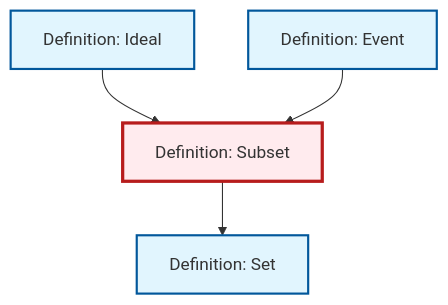
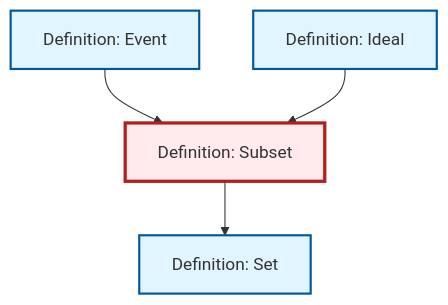
The diagram in content/en/logic-set-theory/def-subset.qmd (RK0429/ModernMath), drawn with Mermaid before and after one commit. The commit also changed other lines of this file and 491 other files, not shown here.

````diff
--- a/content/en/logic-set-theory/def-subset.qmd
+++ b/content/en/logic-set-theory/def-subset.qmd
@@ -49,20 +49,20 @@
 ```{mermaid}
 %%| fig-cap: "Local dependency graph"
 graph TD
     classDef definition fill:#e1f5fe,stroke:#01579b,stroke-width:2px
     classDef theorem fill:#f3e5f5,stroke:#4a148c,stroke-width:2px
     classDef axiom fill:#fff3e0,stroke:#e65100,stroke-width:2px
     classDef example fill:#e8f5e9,stroke:#1b5e20,stroke-width:2px
     classDef current fill:#ffebee,stroke:#b71c1c,stroke-width:3px
+    def-set["Definition: Set"]:::definition
     def-subset["Definition: Subset"]:::definition
-    def-set["Definition: Set"]:::definition
+    def-event["Definition: Event"]:::definition
     def-ideal["Definition: Ideal"]:::definition
-    def-event["Definition: Event"]:::definition
+    def-event --> def-subset
     def-subset --> def-set
     def-ideal --> def-subset
-    def-event --> def-subset
     class def-subset current
     click def-set "def-set.html" "Go to Set definition"
+    click def-event "def-event.html" "Go to Event definition"
     click def-ideal "def-ideal.html" "Go to Ideal definition"
-    click def-event "def-event.html" "Go to Event definition"
 ```
````
